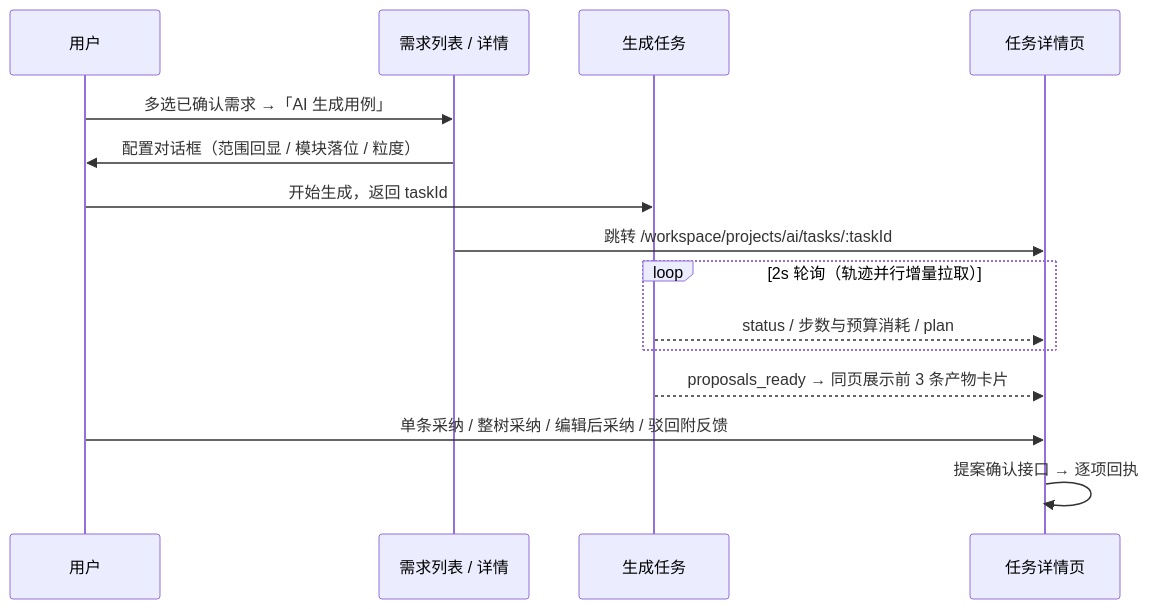
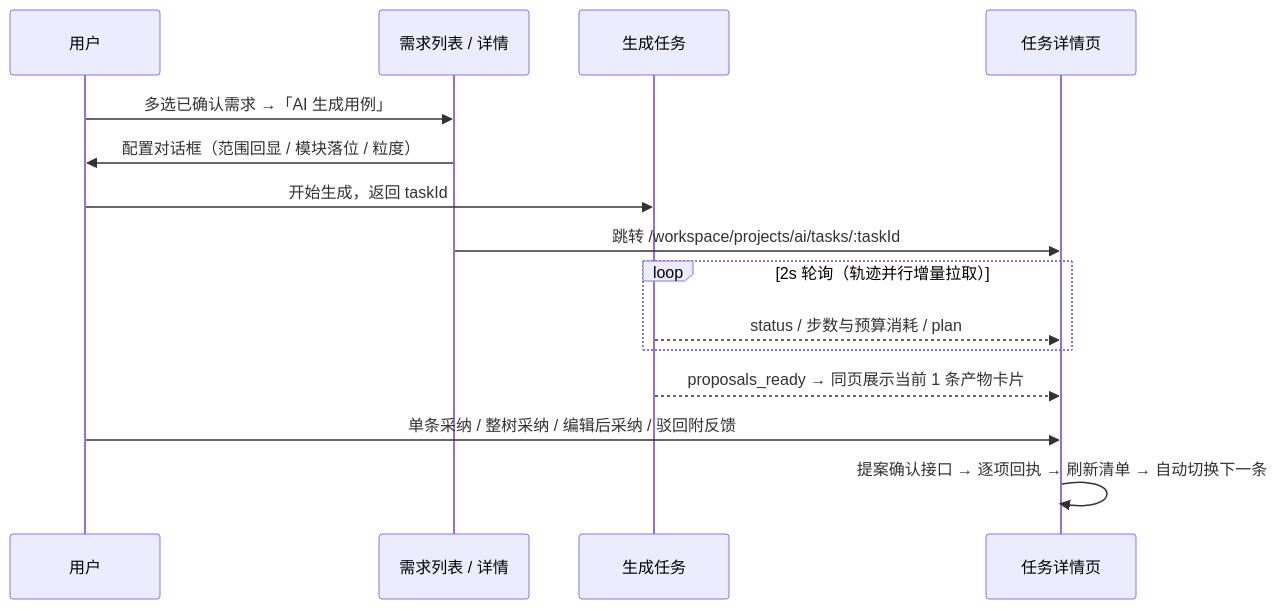
Before and after one commit to XiaoMiSum/robotest: the diagram in docs/05-interaction-design/07-ai-capability/04-ai-generation-ui.md, drawn with Mermaid. The commit also changed other lines of this file and 4 other files, not shown here.

````diff
--- a/docs/05-interaction-design/07-ai-capability/04-ai-generation-ui.md
+++ b/docs/05-interaction-design/07-ai-capability/04-ai-generation-ui.md
@@ -71,17 +71,17 @@
 ```mermaid
 sequenceDiagram
   participant U as 用户
   participant R as 需求列表 / 详情
   participant G as 生成任务
   participant D as 任务详情页
   U->>R: 多选已确认需求 →「AI 生成用例」
   R->>U: 配置对话框（范围回显 / 模块落位 / 粒度）
   U->>G: 开始生成，返回 taskId
   R->>D: 跳转 /workspace/projects/ai/tasks/:taskId
   loop 2s 轮询（轨迹并行增量拉取）
     G-->>D: status / 步数与预算消耗 / plan
   end
-  G-->>D: proposals_ready → 同页展示前 3 条产物卡片
+  G-->>D: proposals_ready → 同页展示当前 1 条产物卡片
   U->>D: 单条采纳 / 整树采纳 / 编辑后采纳 / 驳回附反馈
-  D->>D: 提案确认接口 → 逐项回执
+  D->>D: 提案确认接口 → 逐项回执 → 刷新清单 → 自动切换下一条
 ```
````
